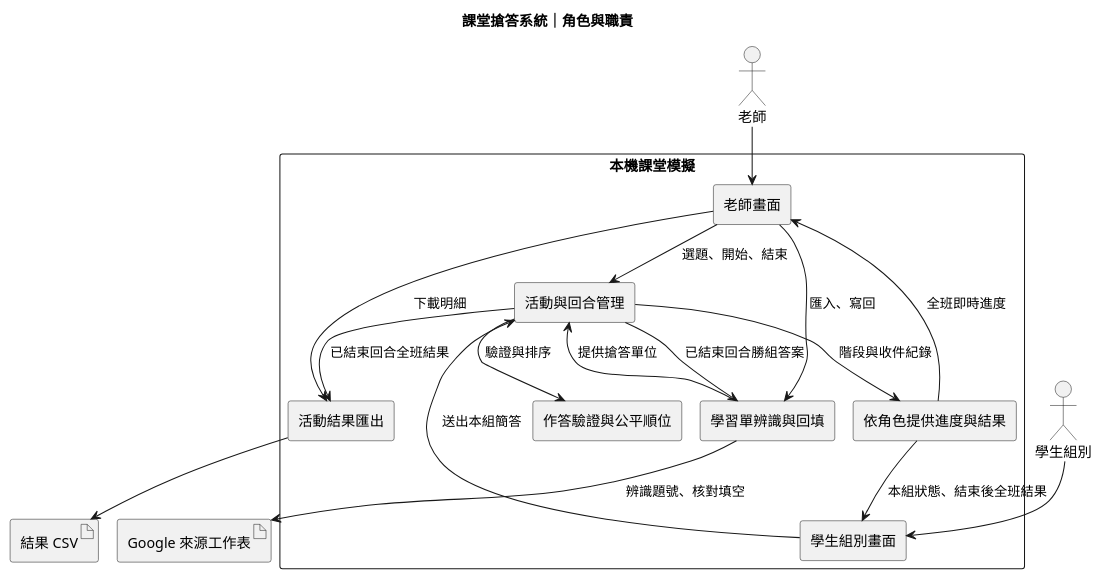
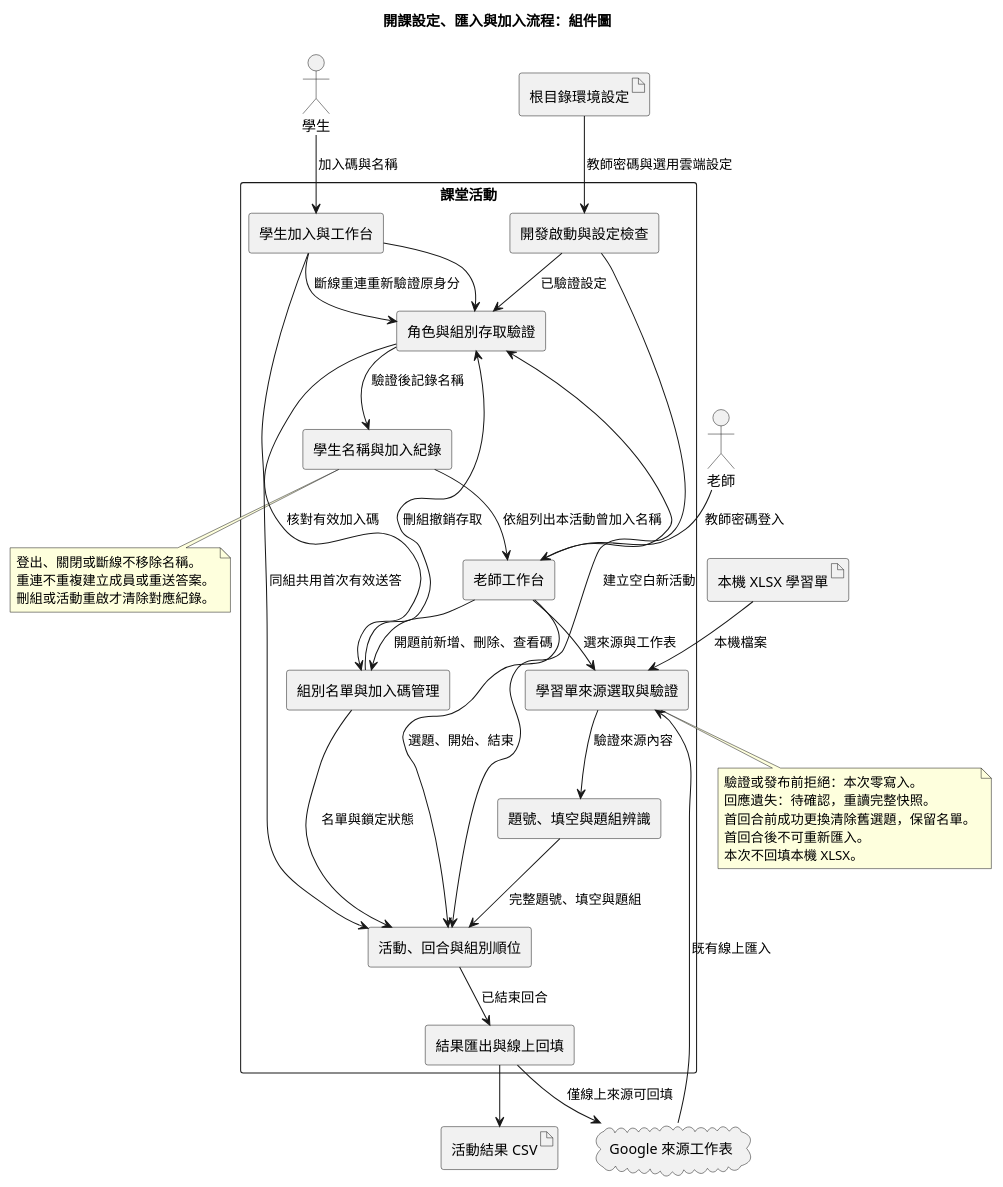
One commit to beacho821/speckit_final_project changed the diagram in diagrams/component.puml. Above: the diagram before and after it, drawn with PlantUML. The commit also changed 20 other files, not shown here.

```diff
--- a/diagrams/component.puml
+++ b/diagrams/component.puml
@@ -1,34 +1,60 @@
 @startuml
 !pragma layout smetana
 skinparam defaultFontName PingFang TC
 skinparam componentStyle rectangle
-title 課堂搶答系統｜角色與職責
-actor 老師
-actor 學生組別 as student
-rectangle 本機課堂模擬 {
-  [老師畫面] as t
-  [學生組別畫面] as s
-  [活動與回合管理] as activity
-  [作答驗證與公平順位] as rank
-  [依角色提供進度與結果] as view
-  [學習單辨識與回填] as notes
-  [活動結果匯出] as export
+title 開課設定、匯入與加入流程：組件圖
+actor 老師 as teacher
+actor 學生 as student
+artifact "根目錄環境設定" as env
+artifact "本機 XLSX 學習單" as xlsx
+cloud "Google 來源工作表" as google
+artifact "活動結果 CSV" as csv
+rectangle 課堂活動 {
+  [開發啟動與設定檢查] as startup
+  [老師工作台] as teacherView
+  [學生加入與工作台] as studentView
+  [角色與組別存取驗證] as access
+  [組別名單與加入碼管理] as roster
+  [學生名稱與加入紀錄] as members
+  [學習單來源選取與驗證] as source
+  [題號、填空與題組辨識] as parser
+  [活動、回合與組別順位] as activity
+  [結果匯出與線上回填] as results
 }
-artifact "Google 來源工作表" as sheet
-artifact "結果 CSV" as csv
-老師 --> t
-student --> s
-t --> activity : 選題、開始、結束
-s --> activity : 送出本組簡答
-activity --> rank : 驗證與排序
-activity --> view : 階段與收件紀錄
-view --> t : 全班即時進度
-view --> s : 本組狀態、結束後全班結果
-t --> notes : 匯入、寫回
-notes --> sheet : 辨識題號、核對填空
-notes --> activity : 提供搶答單位
-activity --> notes : 已結束回合勝組答案
-t --> export : 下載明細
-activity --> export : 已結束回合全班結果
-export --> csv
+env --> startup : 教師密碼與選用雲端設定
+startup --> access : 已驗證設定
+startup --> activity : 建立空白新活動
+teacher --> teacherView : 教師密碼登入
+student --> studentView : 加入碼與名稱
+teacherView --> access
+studentView --> access
+access --> roster : 核對有效加入碼
+access --> members : 驗證後記錄名稱
+teacherView --> roster : 開題前新增、刪除、查看碼
+roster --> activity : 名單與鎖定狀態
+roster --> access : 刪組撤銷存取
+members --> teacherView : 依組列出本活動曾加入名稱
+studentView --> access : 斷線重連重新驗證原身分
+teacherView --> source : 選來源與工作表
+xlsx --> source : 本機檔案
+google --> source : 既有線上匯入
+source --> parser : 驗證來源內容
+parser --> activity : 完整題號、填空與題組
+teacherView --> activity : 選題、開始、結束
+studentView --> activity : 同組共用首次有效送答
+activity --> results : 已結束回合
+results --> csv
+results --> google : 僅線上來源可回填
+note bottom of source
+驗證或發布前拒絕：本次零寫入。
+回應遺失：待確認，重讀完整快照。
+首回合前成功更換清除舊選題，保留名單。
+首回合後不可重新匯入。
+本次不回填本機 XLSX。
+end note
+note bottom of members
+登出、關閉或斷線不移除名稱。
+重連不重複建立成員或重送答案。
+刪組或活動重啟才清除對應紀錄。
+end note
 @enduml
```
